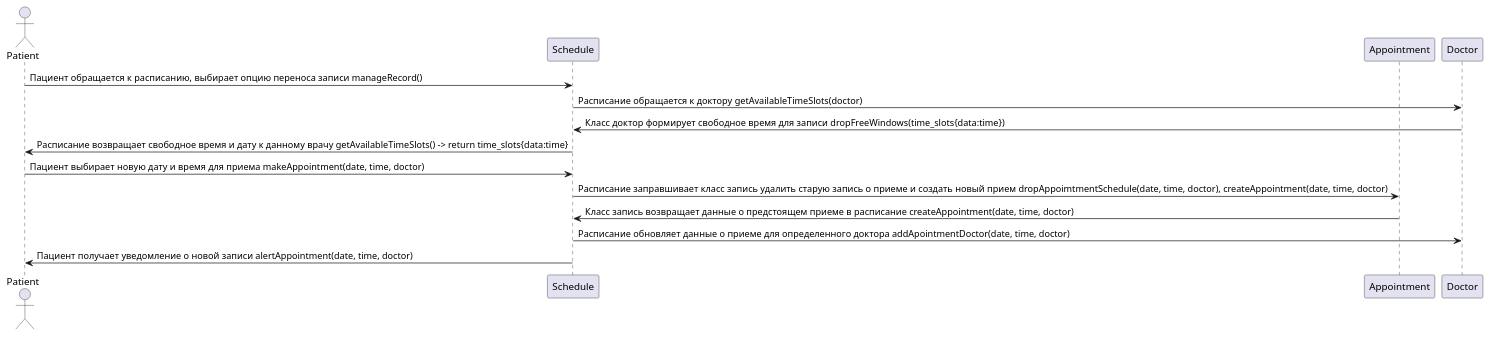
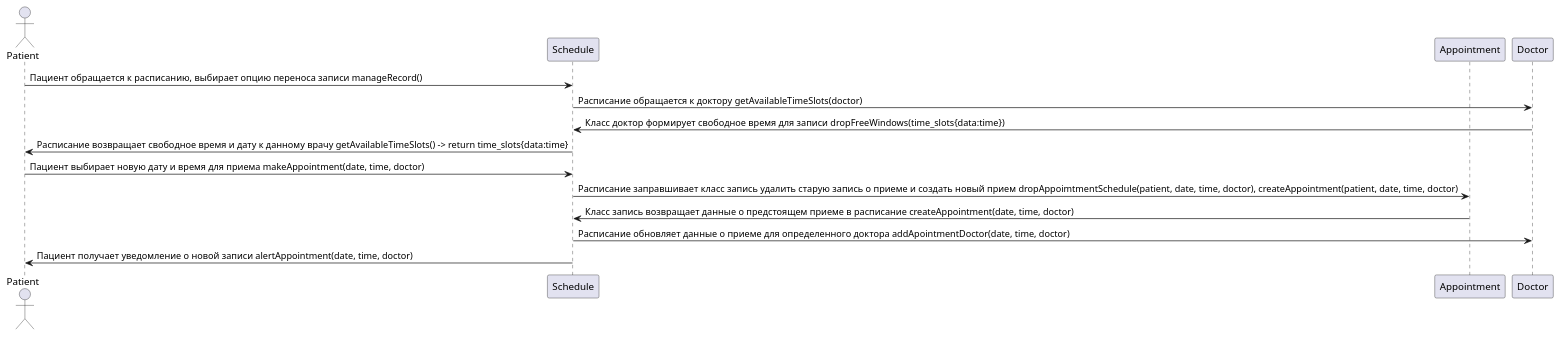
Before and after one commit to penamarth/bsbo-01-22_team2_var3: the diagram in sequence_diagram_3.md, drawn with PlantUML.

````diff
--- a/sequence_diagram_3.md
+++ b/sequence_diagram_3.md
@@ -1,23 +1,24 @@
 ```plantuml
 @startuml sequence_diagram_2
 
 actor Patient
 
 participant Patient
 participant Schedule
 participant Appointment
 participant Doctor
 
 
 Patient -> Schedule: Пациент обращается к расписанию, выбирает опцию переноса записи manageRecord()
 Schedule -> Doctor: Расписание обращается к доктору getAvailableTimeSlots(doctor)
 Doctor -> Schedule: Класс доктор формирует свободное время для записи dropFreeWindows(time_slots{data:time})
 Schedule -> Patient: Расписание возвращает свободное время и дату к данному врачу getAvailableTimeSlots() -> return time_slots{data:time}
 Patient -> Schedule: Пациент выбирает новую дату и время для приема makeAppointment(date, time, doctor)
-Schedule -> Appointment: Расписание заправшивает класс запись удалить старую запись о приеме и создать новый прием dropAppoimtmentSchedule(date, time, doctor), createAppointment(date, time, doctor)
+Schedule -> Appointment: Расписание заправшивает класс запись удалить старую запись о приеме и создать новый прием dropAppoimtmentSchedule(patient, date, time, doctor), createAppointment(patient, date, time, doctor)
 Appointment -> Schedule: Класс запись возвращает данные о предстоящем приеме в расписание createAppointment(date, time, doctor)
 Schedule -> Doctor: Расписание обновляет данные о приеме для определенного доктора addApointmentDoctor(date, time, doctor)
 Schedule -> Patient: Пациент получает уведомление о новой записи alertAppointment(date, time, doctor)
 
 @enduml
+
 ```
````
